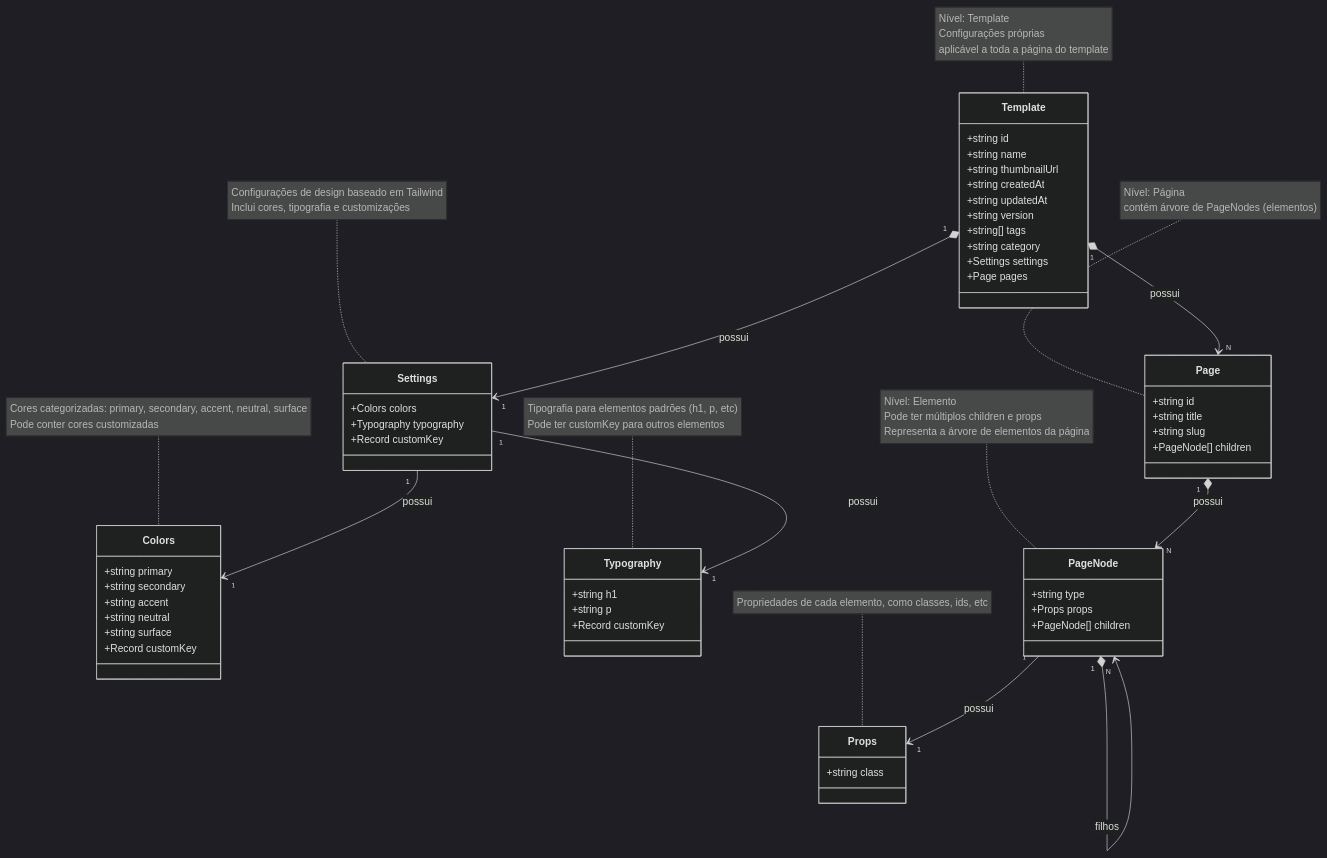
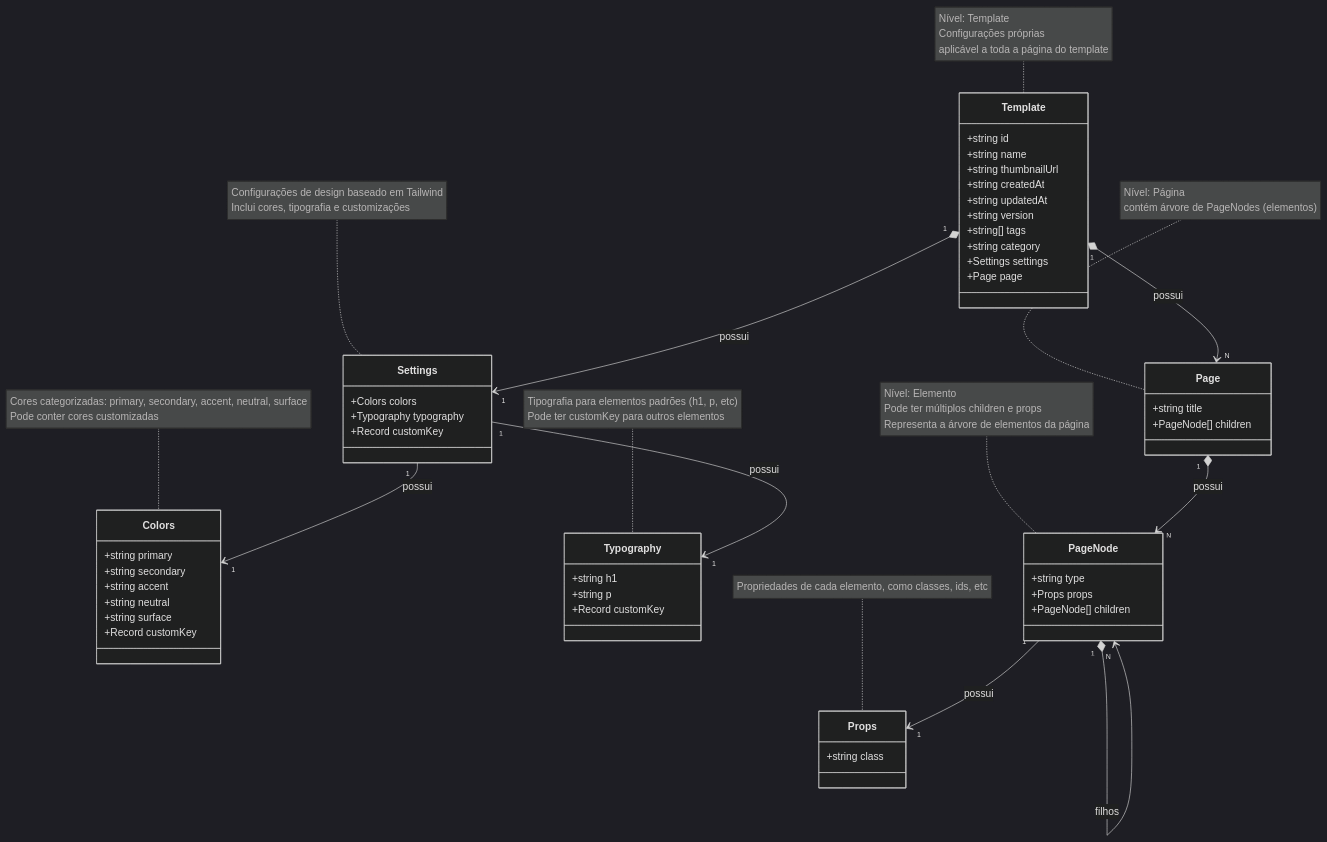
The diagram in docs/curriculo-builder.mmd (mgomesdev/curriculum-builder), drawn with Mermaid (dark theme) before and after one commit. The commit also changed 1 other file, not shown here.

Commit message:
feat: versiona diagrama de classes

```diff
--- a/docs/curriculo-builder.mmd
+++ b/docs/curriculo-builder.mmd
@@ -1,76 +1,74 @@
 classDiagram
 class Template {
   +string id
   +string name
   +string thumbnailUrl
   +string createdAt
   +string updatedAt
   +string version
   +string[] tags
   +string category
   +Settings settings
-  +Page pages
+  +Page page
 }
 
 note for Template "Nível: Template<br>Configurações próprias<br>aplicável a toda a página do template"
 
 class Settings {
   +Colors colors
   +Typography typography
   +Record<string, any> customKey
 }
 
 note for Settings "Configurações de design baseado em Tailwind<br>Inclui cores, tipografia e customizações"
 
 class Colors {
   +string primary
   +string secondary
   +string accent
   +string neutral
   +string surface
   +Record<string, string> customKey
 }
 
 note for Colors "Cores categorizadas: primary, secondary, accent, neutral, surface<br>Pode conter cores customizadas"
 
 class Typography {
   +string h1
   +string p
   +Record<string, string> customKey
 }
 
 note for Typography "Tipografia para elementos padrões (h1, p, etc)<br>Pode ter customKey para outros elementos"
 
 class Page {
-  +string id
   +string title
-  +string slug
   +PageNode[] children
 }
 
 note for Page "Nível: Página<br>contém árvore de PageNodes (elementos)"
 
 class PageNode {
   +string type
   +Props props
   +PageNode[] children
 }
 
 note for PageNode "Nível: Elemento<br>Pode ter múltiplos children e props<br>Representa a árvore de elementos da página"
 
 class Props {
   +string class
 }
 
 note for Props "Propriedades de cada elemento, como classes, ids, etc"
 
 Template "1" *--> "1" Settings : possui
 Template "1" *--> "N" Page : possui
 
 Page "1" *--> "N" PageNode : possui
 
 PageNode "1" --> "1" Props : possui
 PageNode "1" *--> "N" PageNode : filhos
 
 Settings "1" --> "1" Colors : possui
 Settings "1" --> "1" Typography : possui
```
